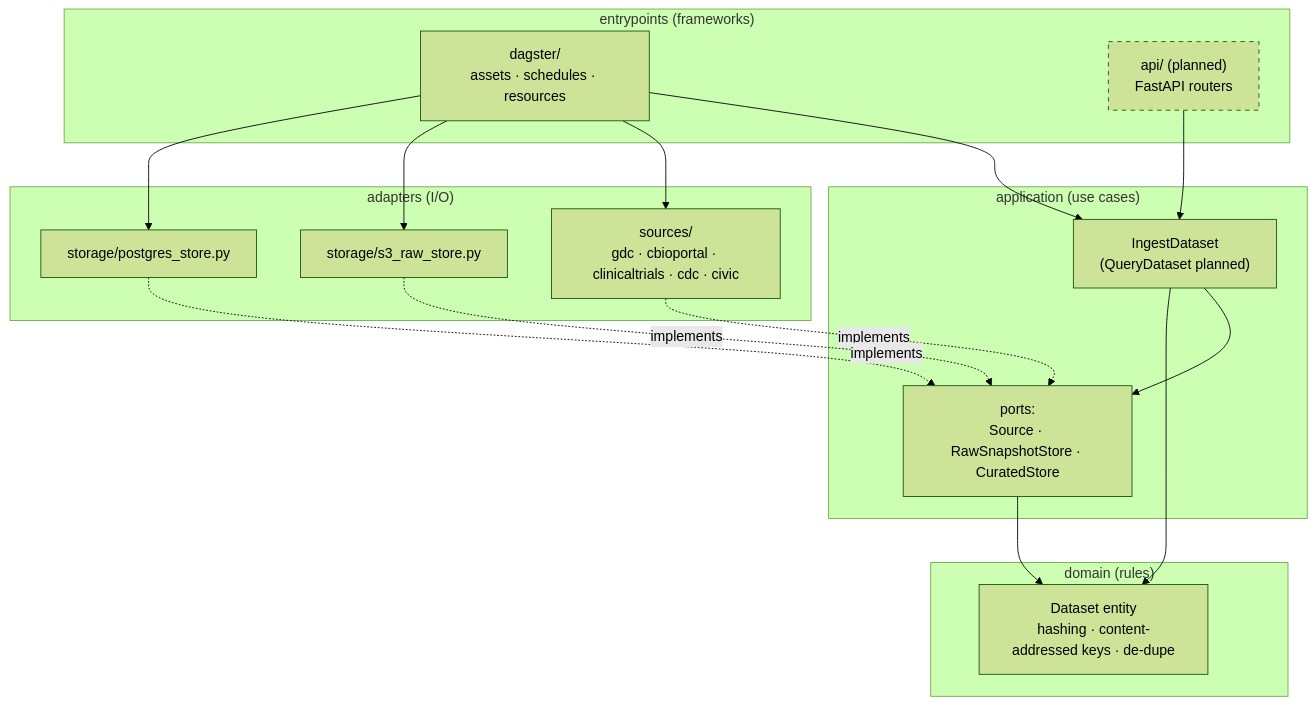
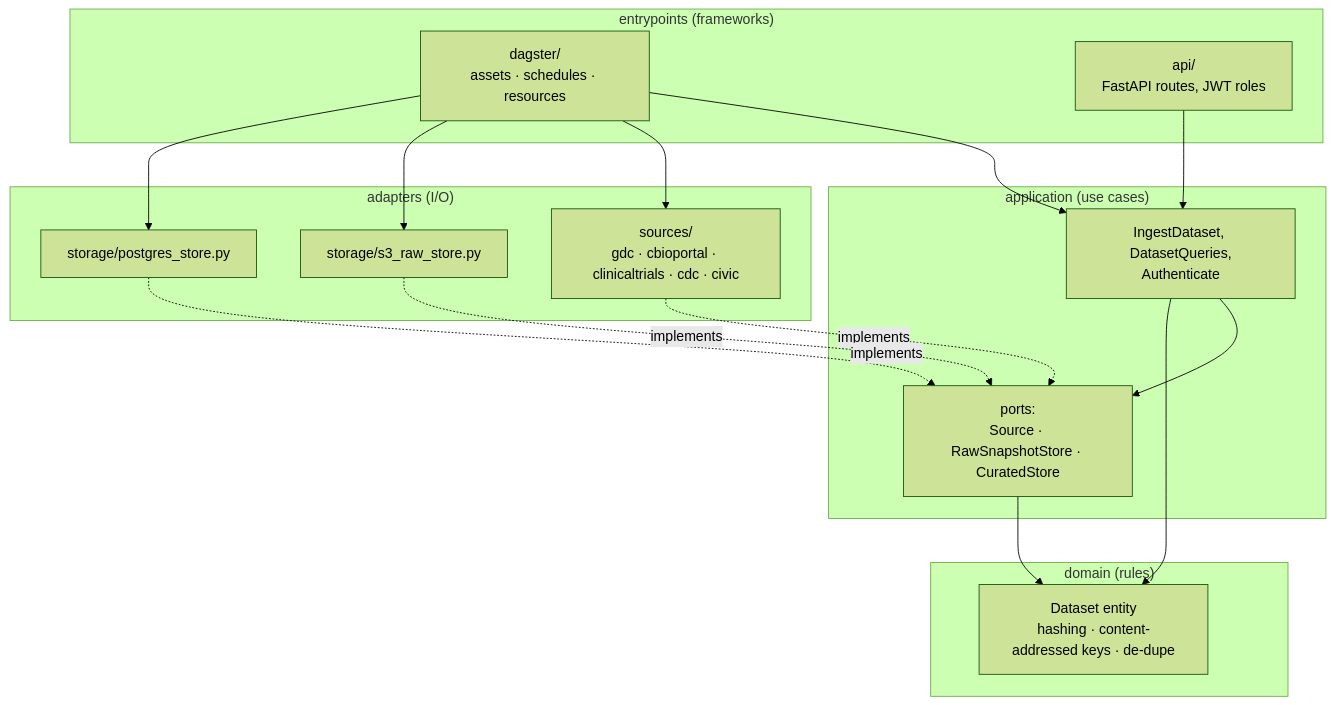
The first of 3 diagrams in docs/architecture.md (ModupeD/OrisunIwadi), drawn with Mermaid (forest theme) before and after one commit. The commit also changed other lines of this file and 30 other files, not shown here.

````diff
--- a/docs/architecture.md
+++ b/docs/architecture.md
@@ -10,32 +10,31 @@
 ```mermaid
 flowchart TB
     subgraph ENTRY["entrypoints (frameworks)"]
         DAG["dagster/<br/>assets · schedules · resources"]
-        API["api/ (planned)<br/>FastAPI routers"]
+        API["api/<br/>FastAPI routes, JWT roles"]
     end
     subgraph ADAPT["adapters (I/O)"]
         SRC["sources/<br/>gdc · cbioportal · clinicaltrials · cdc · civic"]
         S3A["storage/s3_raw_store.py"]
         PGA["storage/postgres_store.py"]
     end
     subgraph APP["application (use cases)"]
-        UC["IngestDataset<br/>(QueryDataset planned)"]
+        UC["IngestDataset, DatasetQueries,<br/>Authenticate"]
         PORTS["ports:<br/>Source · RawSnapshotStore · CuratedStore"]
     end
     subgraph DOM["domain (rules)"]
         ENT["Dataset entity<br/>hashing · content-addressed keys · de-dupe"]
     end
 
     DAG --> UC
     DAG --> SRC & S3A & PGA
     API --> UC
     SRC -. implements .-> PORTS
     S3A -. implements .-> PORTS
     PGA -. implements .-> PORTS
     UC --> PORTS
     UC --> ENT
     PORTS --> ENT
 
     classDef planned stroke-dasharray: 5 5
-    class API planned
 ```
````
